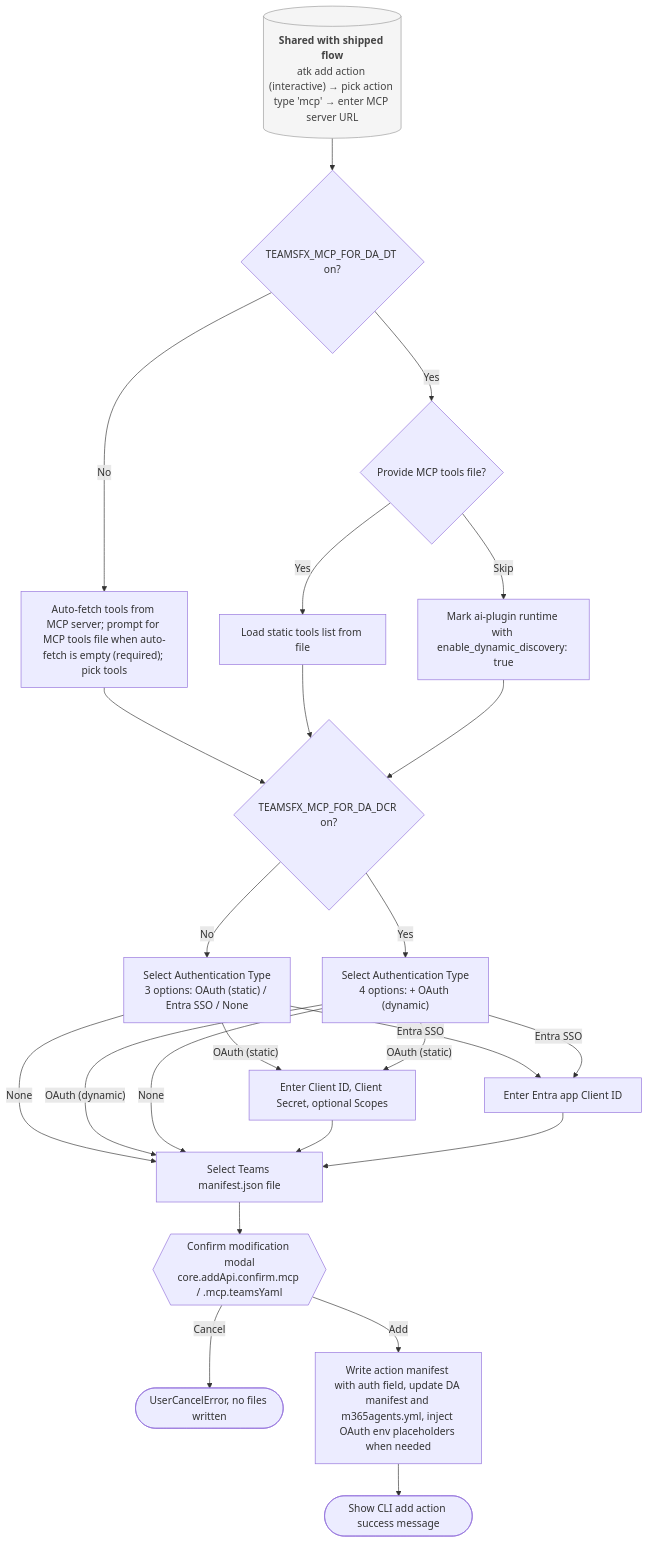
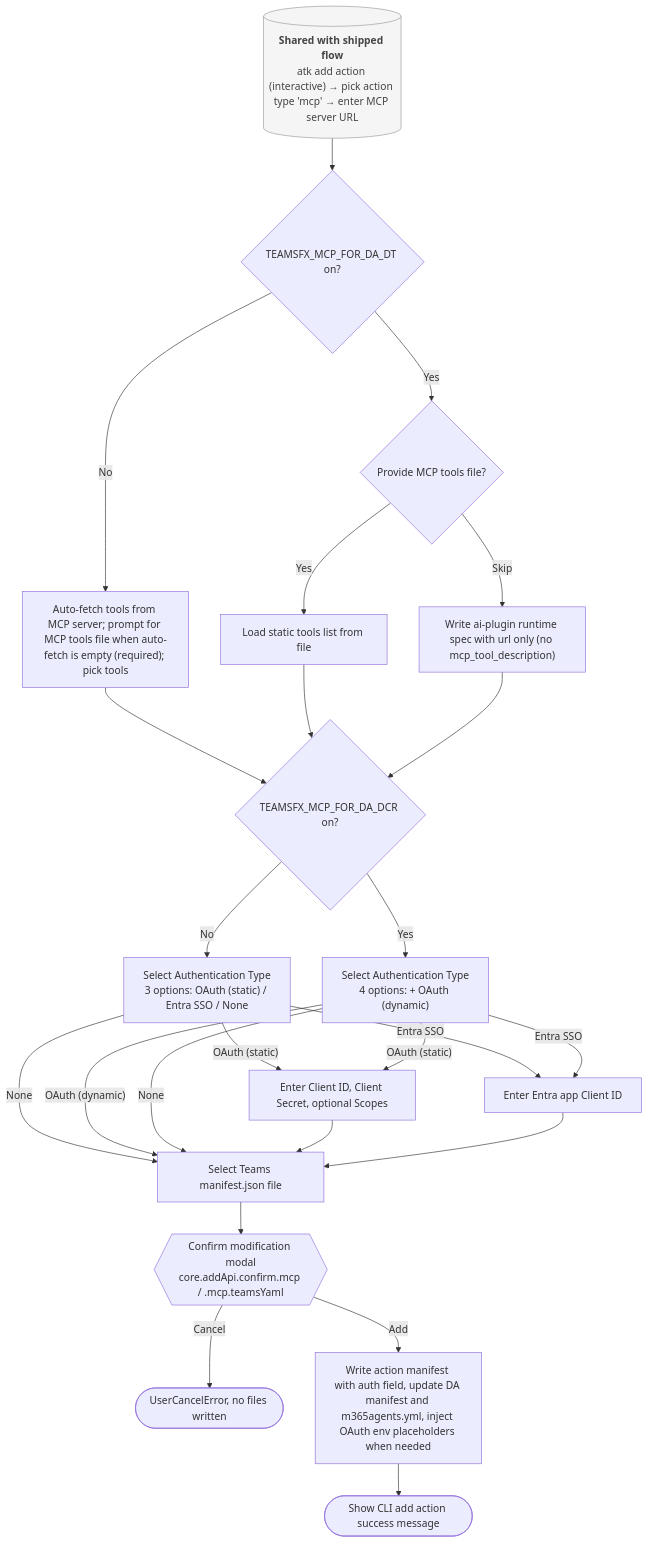
One commit to OfficeDev/microsoft-365-agents-toolkit changed the second of 3 diagrams in docs/01-product/scenarios/da/draft/add-mcp-action-to-da.md. Above: the diagram before and after it, drawn with Mermaid. The commit also changed other lines of this file and 6 other files, not shown here.

First line of the commit message:
fix(fx-core): drop invalid enable_dynamic_discovery from DT runtime spec

````diff
--- a/docs/01-product/scenarios/da/draft/add-mcp-action-to-da.md
+++ b/docs/01-product/scenarios/da/draft/add-mcp-action-to-da.md
@@ -101,27 +101,27 @@
 ```mermaid
 flowchart TD
   Preamble[("<b>Shared with shipped flow</b><br/>atk add action (interactive) &rarr; pick action type 'mcp' &rarr; enter MCP server URL")] --> DtGate{TEAMSFX_MCP_FOR_DA_DT on?}
   DtGate -- No --> LegacyTools["Auto-fetch tools from MCP server; prompt for MCP tools file when auto-fetch is empty (required); pick tools"] --> DcrGate
   DtGate -- Yes --> OptionalTools{Provide MCP tools file?}
   OptionalTools -- Yes --> LoadStatic[Load static tools list from file] --> DcrGate
-  OptionalTools -- Skip --> DtPath["Mark ai-plugin runtime with enable_dynamic_discovery: true"] --> DcrGate
+  OptionalTools -- Skip --> DtPath["Write ai-plugin runtime spec with url only (no mcp_tool_description)"] --> DcrGate
   DcrGate{TEAMSFX_MCP_FOR_DA_DCR on?}
   DcrGate -- No --> SelectAuth3["Select Authentication Type<br/>3 options: OAuth (static) / Entra SSO / None"]
   DcrGate -- Yes --> SelectAuth4["Select Authentication Type<br/>4 options: + OAuth (dynamic)"]
   SelectAuth3 -- None --> SelectManifest
   SelectAuth3 -- "OAuth (static)" --> StaticFields["Enter Client ID, Client Secret, optional Scopes"]
   SelectAuth3 -- "Entra SSO" --> SsoFields[Enter Entra app Client ID]
   SelectAuth4 -- "OAuth (dynamic)" --> SelectManifest
   SelectAuth4 -- None --> SelectManifest
   SelectAuth4 -- "OAuth (static)" --> StaticFields
   SelectAuth4 -- "Entra SSO" --> SsoFields
   StaticFields --> SelectManifest[Select Teams manifest.json file]
   SsoFields --> SelectManifest
   SelectManifest --> Confirm{{"Confirm modification modal<br/>core.addApi.confirm.mcp / .mcp.teamsYaml"}}
   Confirm -- Cancel --> Cancelled([UserCancelError, no files written])
   Confirm -- Add --> WriteFiles[Write action manifest with auth field, update DA manifest and m365agents.yml, inject OAuth env placeholders when needed]
   WriteFiles --> Complete([Show CLI add action success message])
 
   classDef shared fill:#f5f5f5,stroke:#999,color:#444
   class Preamble shared
 ```
````
